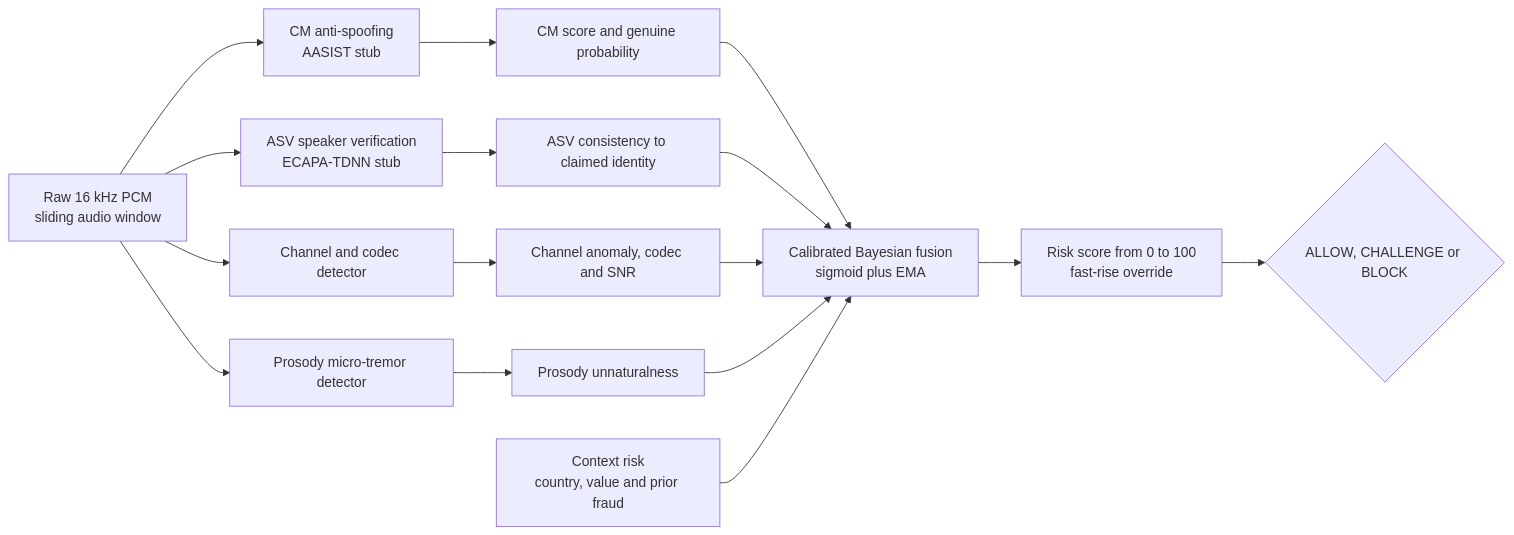
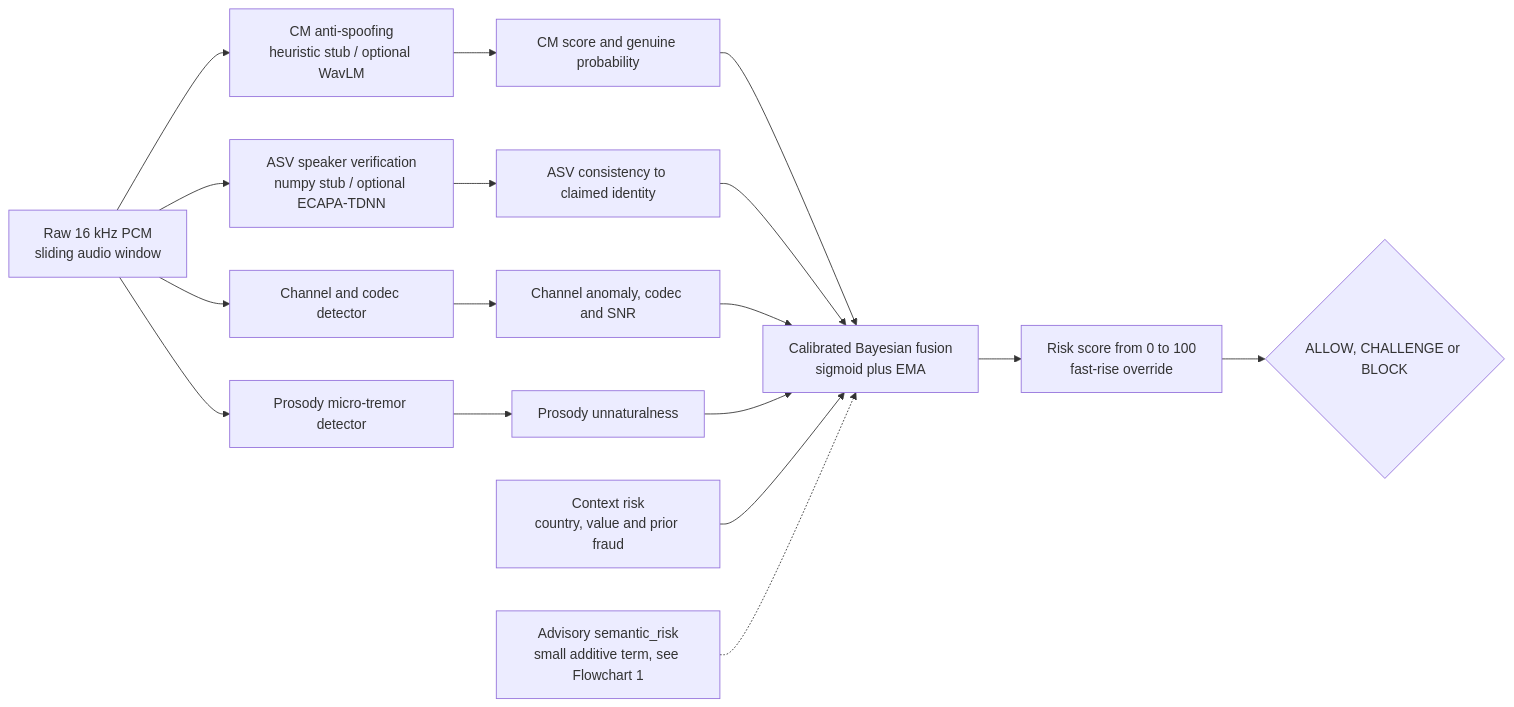
The third of 3 diagrams in docs/FLOWCHARTS_CORRECTED.md (BeastAyyG/VaniRakshak), drawn with Mermaid before and after one commit. The commit also changed other lines of this file and 20 other files, not shown here.

First line of the commit message:
docs: rewrite PROTOCOL/API_SPEC, retract false claims in FLOWCHARTS, archive stale docs

````diff
--- a/docs/FLOWCHARTS_CORRECTED.md
+++ b/docs/FLOWCHARTS_CORRECTED.md
@@ -240,18 +282,19 @@
 ```mermaid
 flowchart LR
-    A["Raw 16 kHz PCM<br/>sliding audio window"] --> B["CM anti-spoofing<br/>AASIST stub"]
-    A --> C["ASV speaker verification<br/>ECAPA-TDNN stub"]
+    A["Raw 16 kHz PCM<br/>sliding audio window"] --> B["CM anti-spoofing<br/>heuristic stub / optional WavLM"]
+    A --> C["ASV speaker verification<br/>numpy stub / optional ECAPA-TDNN"]
     A --> D["Channel and codec detector"]
     A --> E["Prosody micro-tremor detector"]
     B --> B1["CM score and genuine probability"]
     C --> C1["ASV consistency to claimed identity"]
     D --> D1["Channel anomaly, codec and SNR"]
     E --> E1["Prosody unnaturalness"]
     B1 --> F["Calibrated Bayesian fusion<br/>sigmoid plus EMA"]
     C1 --> F
     D1 --> F
     E1 --> F
     G["Context risk<br/>country, value and prior fraud"] --> F
+    S["Advisory semantic_risk<br/>small additive term, see Flowchart 1"] -.-> F
     F --> H["Risk score from 0 to 100<br/>fast-rise override"]
     H --> I{"ALLOW, CHALLENGE or BLOCK"}
 ```
````
